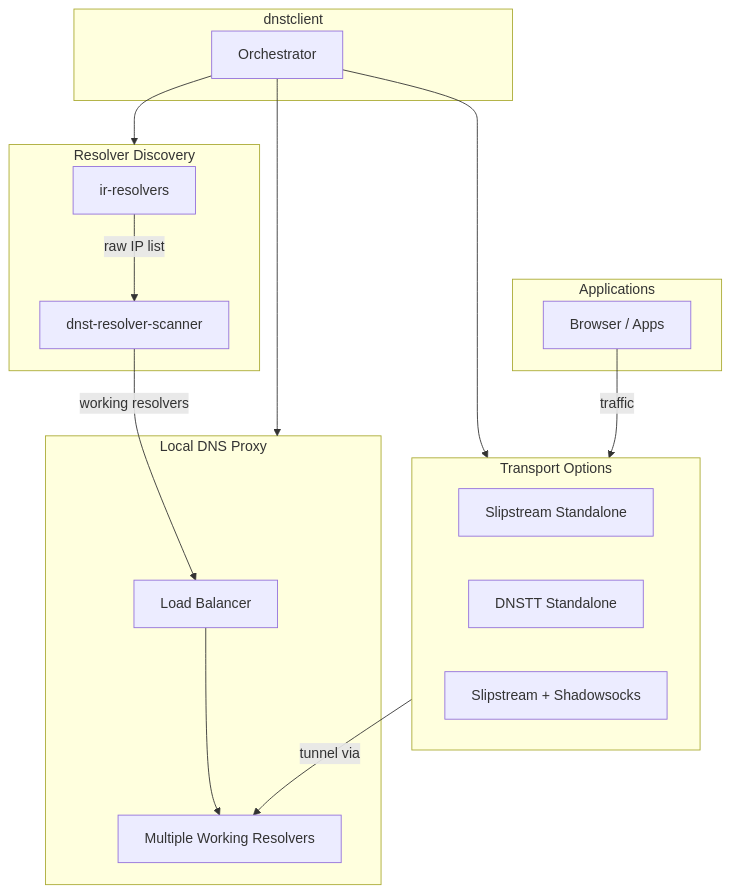
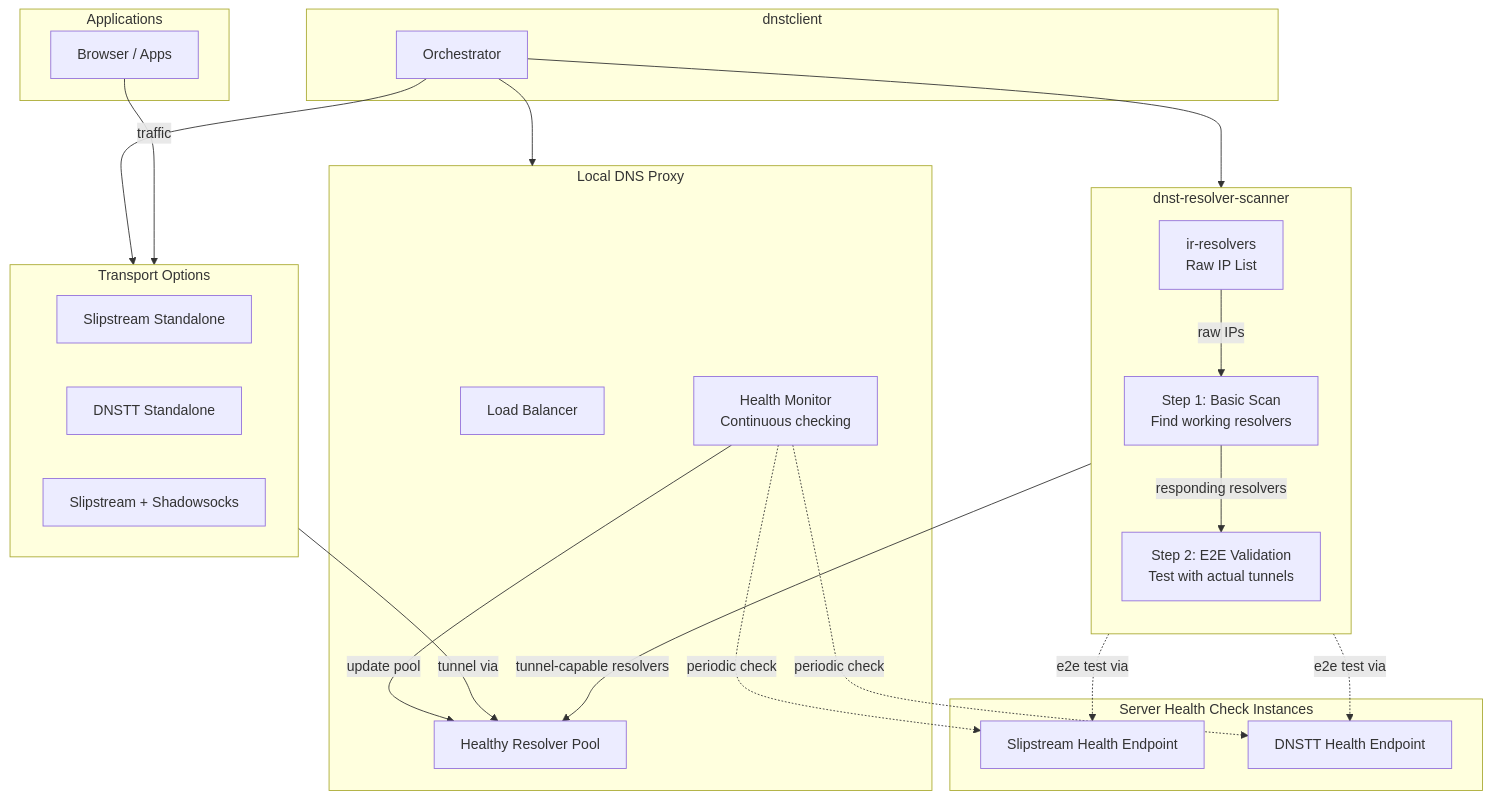
Before and after one commit to net2share/.github: the second of 3 diagrams in profile/README.md, drawn with Mermaid. The commit also changed other lines of this file, not shown here.

Commit message:
docs: add multi-instance routing, health checks, and update diagrams

````diff
--- a/profile/README.md
+++ b/profile/README.md
@@ -162,35 +183,48 @@
 ```mermaid
 flowchart TB
-    subgraph resolver_discovery["Resolver Discovery"]
-        A[ir-resolvers]
-        B[dnst-resolver-scanner]
+    subgraph scanner["dnst-resolver-scanner"]
+        direction TB
+        A[ir-resolvers<br/>Raw IP List]
+        S1[Step 1: Basic Scan<br/>Find working resolvers]
+        S2[Step 2: E2E Validation<br/>Test with actual tunnels]
     end
 
     subgraph dns_proxy["Local DNS Proxy"]
         C[Load Balancer]
-        D[Multiple Working Resolvers]
+        D[Healthy Resolver Pool]
+        MON[Health Monitor<br/>Continuous checking]
     end
 
     subgraph client["dnstclient"]
         E[Orchestrator]
     end
 
     subgraph transports["Transport Options"]
         F[Slipstream Standalone]
         G[DNSTT Standalone]
         H[Slipstream + Shadowsocks]
     end
 
     subgraph apps["Applications"]
         I[Browser / Apps]
     end
 
-    A -->|raw IP list| B
-    B -->|working resolvers| C
-    C --> D
-    E --> resolver_discovery
+    subgraph remote["Server Health Check Instances"]
+        R1[Slipstream Health Endpoint]
+        R2[DNSTT Health Endpoint]
+    end
+
+    A -->|raw IPs| S1
+    S1 -->|responding resolvers| S2
+    S2 -->|tunnel-capable resolvers| D
+    S2 -.->|e2e test via| R1
+    S2 -.->|e2e test via| R2
+    MON -->|update pool| D
+    MON -.->|periodic check| R1
+    MON -.->|periodic check| R2
+    E --> scanner
     E --> dns_proxy
     E --> transports
     transports -->|tunnel via| D
     I -->|traffic| transports
 ```
````
